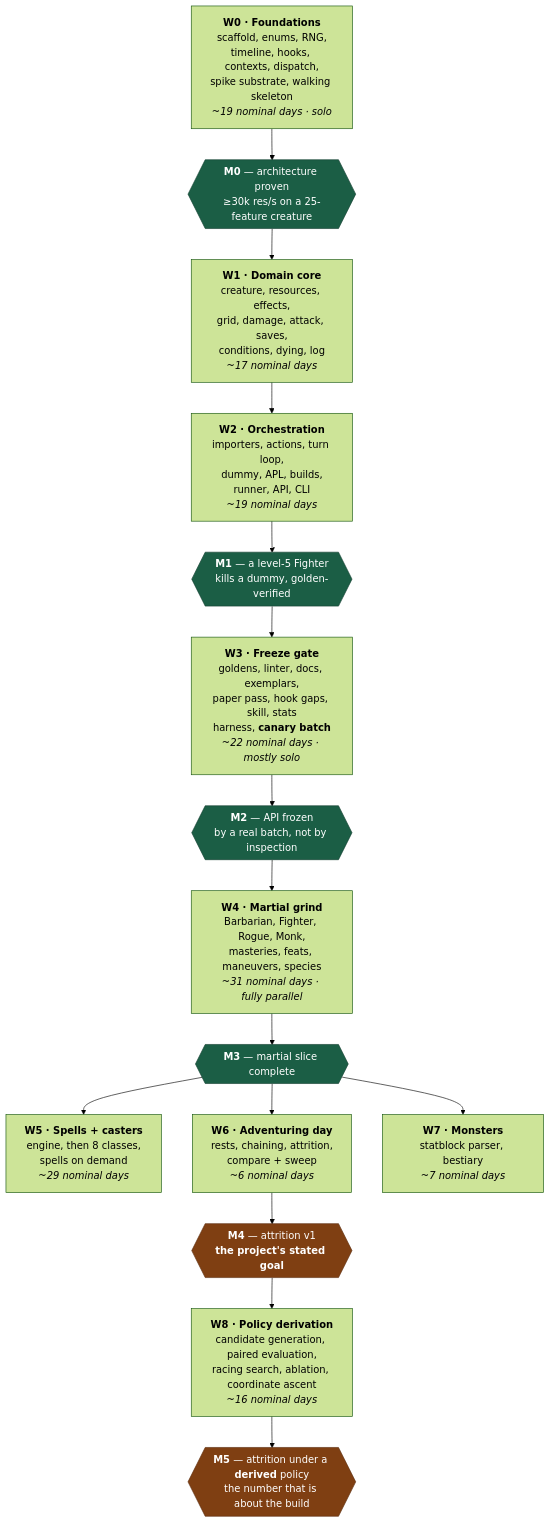
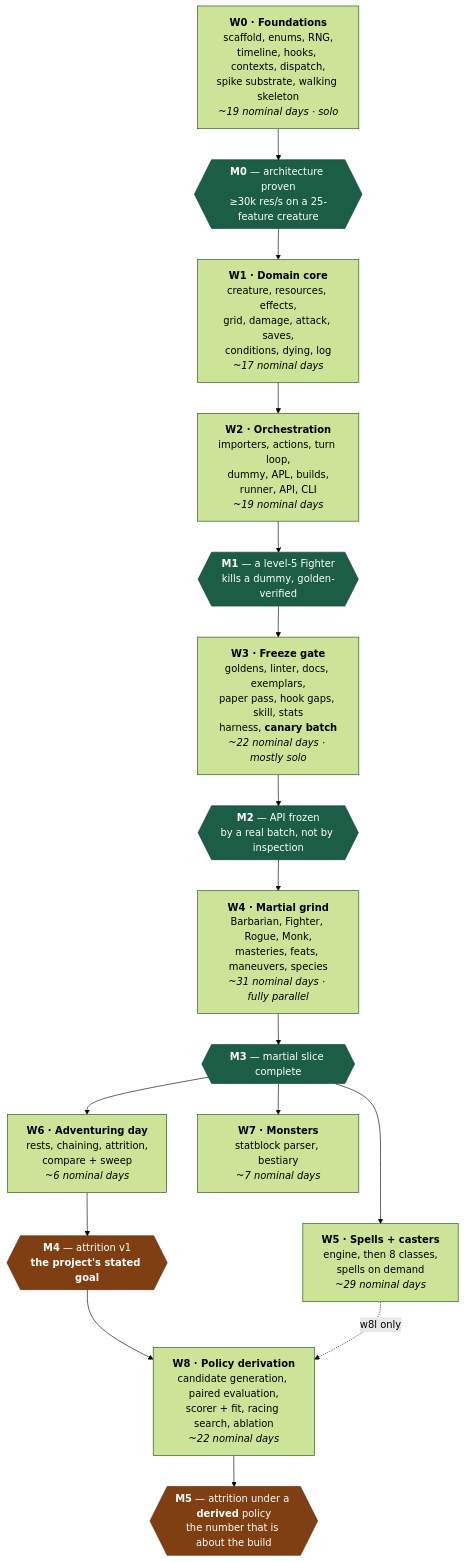
Before and after one commit to Luguza/DnD-Simulator: the diagram in ROADMAP.md, drawn with Mermaid (forest theme). The commit also changed other lines of this file and 3 other files, not shown here.

````diff
--- a/ROADMAP.md
+++ b/ROADMAP.md
@@ -72,29 +72,30 @@
 ```mermaid
 flowchart TD
     W0["<b>W0 · Foundations</b><br/>scaffold, enums, RNG,<br/>timeline, hooks, contexts, dispatch,<br/>spike substrate, walking skeleton<br/><i>~19 nominal days · solo</i>"]
     M0{{"<b>M0</b> — architecture proven<br/>≥30k res/s on a 25-feature creature"}}
     W1["<b>W1 · Domain core</b><br/>creature, resources, effects,<br/>grid, damage, attack, saves,<br/>conditions, dying, log<br/><i>~17 nominal days</i>"]
     W2["<b>W2 · Orchestration</b><br/>importers, actions, turn loop,<br/>dummy, APL, builds,<br/>runner, API, CLI<br/><i>~19 nominal days</i>"]
     M1{{"<b>M1</b> — a level-5 Fighter<br/>kills a dummy, golden-verified"}}
     W3["<b>W3 · Freeze gate</b><br/>goldens, linter, docs, exemplars,<br/>paper pass, hook gaps, skill, stats<br/>harness, <b>canary batch</b><br/><i>~22 nominal days · mostly solo</i>"]
     M2{{"<b>M2</b> — API frozen<br/>by a real batch, not by inspection"}}
     W4["<b>W4 · Martial grind</b><br/>Barbarian, Fighter, Rogue, Monk,<br/>masteries, feats, maneuvers, species<br/><i>~31 nominal days · fully parallel</i>"]
     M3{{"<b>M3</b> — martial slice complete"}}
     W5["<b>W5 · Spells + casters</b><br/>engine, then 8 classes,<br/>spells on demand<br/><i>~29 nominal days</i>"]
     W6["<b>W6 · Adventuring day</b><br/>rests, chaining, attrition,<br/>compare + sweep<br/><i>~6 nominal days</i>"]
     M4{{"<b>M4</b> — attrition v1<br/><b>the project's stated goal</b>"}}
     W7["<b>W7 · Monsters</b><br/>statblock parser, bestiary<br/><i>~7 nominal days</i>"]
-    W8["<b>W8 · Policy derivation</b><br/>candidate generation, paired evaluation,<br/>racing search, ablation, coordinate ascent<br/><i>~16 nominal days</i>"]
+    W8["<b>W8 · Policy derivation</b><br/>candidate generation, paired evaluation,<br/>scorer + fit, racing search, ablation<br/><i>~22 nominal days</i>"]
     M5{{"<b>M5</b> — attrition under a <b>derived</b> policy<br/>the number that is about the build"}}
 
     W0 --> M0 --> W1 --> W2 --> M1 --> W3 --> M2 --> W4 --> M3
     M3 --> W5
     M3 --> W6 --> M4
     M3 --> W7
     M4 --> W8 --> M5
+    W5 -.->|"w8l only"| W8
 
     classDef gate fill:#1b5e45,stroke:#123f2f,color:#ffffff;
     classDef goal fill:#7f3f12,stroke:#5c2d0d,color:#ffffff;
     class M0,M1,M2,M3 gate;
     class M4,M5 goal;
 ```
````
